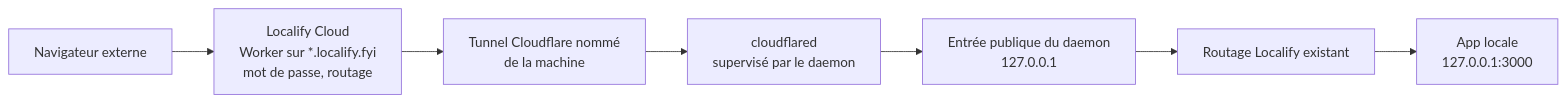
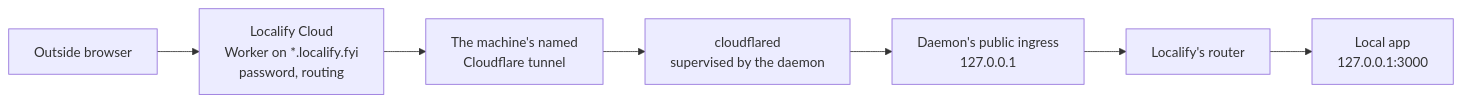
Before and after one commit to Synapsr/Localify: the seventh of 7 diagrams in docs/localify-technical-overview.md, drawn with Mermaid. The commit also changed other lines of this file and 5 other files, not shown here.

````diff
--- a/docs/localify-technical-overview.md
+++ b/docs/localify-technical-overview.md
@@ -253,12 +305,12 @@
 ```mermaid
 flowchart LR
-  Internet["Navigateur externe"]
-  Worker["Localify Cloud<br/>Worker sur *.localify.fyi<br/>mot de passe, routage"]
-  Tunnel["Tunnel Cloudflare nommé<br/>de la machine"]
-  Cloudflared["cloudflared<br/>supervisé par le daemon"]
-  Ingress["Entrée publique du daemon<br/>127.0.0.1"]
-  LocalRouter["Routage Localify existant"]
-  Target["App locale<br/>127.0.0.1:3000"]
+  Internet["Outside browser"]
+  Worker["Localify Cloud<br/>Worker on *.localify.fyi<br/>password, routing"]
+  Tunnel["The machine's named<br/>Cloudflare tunnel"]
+  Cloudflared["cloudflared<br/>supervised by the daemon"]
+  Ingress["Daemon's public ingress<br/>127.0.0.1"]
+  LocalRouter["Localify's router"]
+  Target["Local app<br/>127.0.0.1:3000"]
 
   Internet --> Worker --> Tunnel --> Cloudflared --> Ingress --> LocalRouter --> Target
 ```
````
